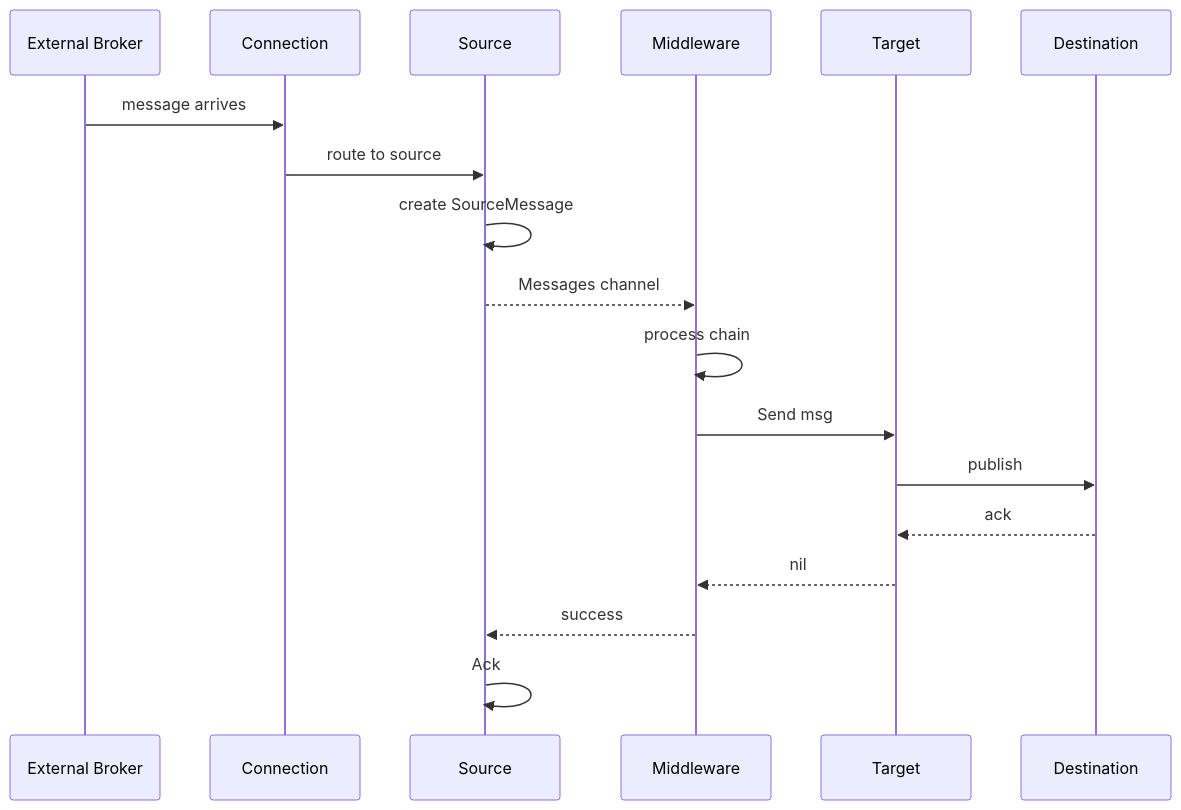
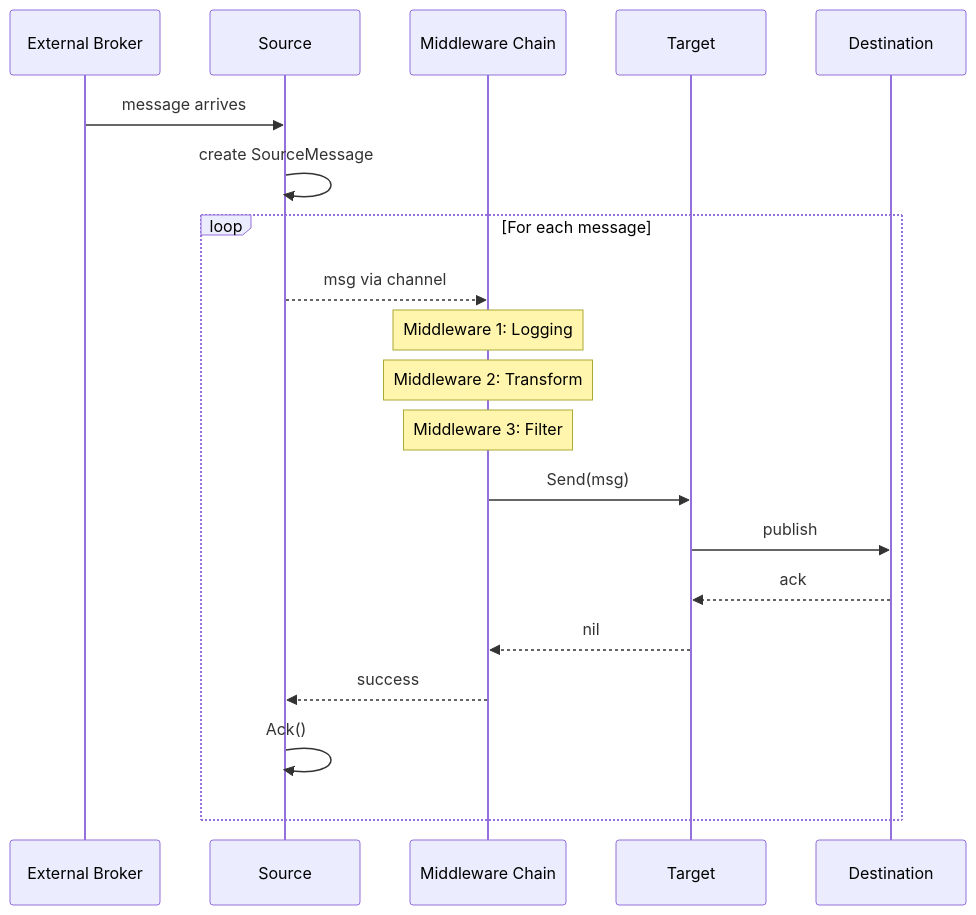
Before and after one commit to mariotoffia/gobridge: the fourth of 9 diagrams in bridge/types/ARCHITECTURE.md, drawn with Mermaid. The commit also changed other lines of this file and 4 other files, not shown here.

````diff
--- a/bridge/types/ARCHITECTURE.md
+++ b/bridge/types/ARCHITECTURE.md
@@ -98,21 +226,26 @@
 ```mermaid
 sequenceDiagram
     participant Broker as External Broker
-    participant Conn as Connection
     participant Src as Source
-    participant MW as Middleware
+    participant Chain as Middleware Chain
     participant Tgt as Target
     participant Dest as Destination
     
-    Broker->>Conn: message arrives
-    Conn->>Src: route to source
+    Broker->>Src: message arrives
     Src->>Src: create SourceMessage
-    Src-->>MW: Messages channel
-    MW->>MW: process chain
-    MW->>Tgt: Send msg
-    Tgt->>Dest: publish
-    Dest-->>Tgt: ack
-    Tgt-->>MW: nil
-    MW-->>Src: success
-    Src->>Src: Ack
+    
+    loop For each message
+        Src-->>Chain: msg via channel
+        
+        Note over Chain: Middleware 1: Logging
+        Note over Chain: Middleware 2: Transform
+        Note over Chain: Middleware 3: Filter
+        
+        Chain->>Tgt: Send(msg)
+        Tgt->>Dest: publish
+        Dest-->>Tgt: ack
+        Tgt-->>Chain: nil
+        Chain-->>Src: success
+        Src->>Src: Ack()
+    end
 ```
````
